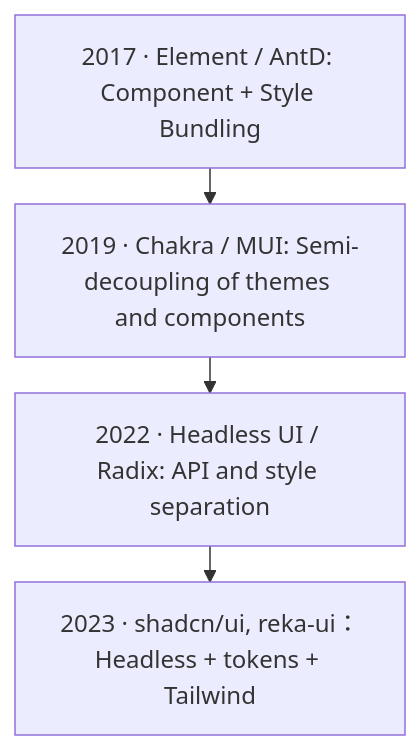
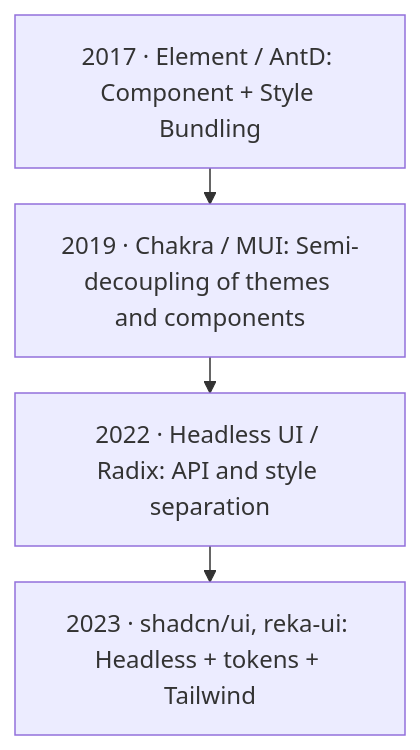
One commit to sonofmagic/weapp-tailwindcss changed the diagram in website/i18n/en/docusaurus-plugin-content-docs/current/tailwindcss/history/history-component-evolution.mdx. Above: the diagram before and after it, drawn with Mermaid. The commit also changed 68 other files, not shown here.

````diff
--- a/website/i18n/en/docusaurus-plugin-content-docs/current/tailwindcss/history/history-component-evolution.mdx
+++ b/website/i18n/en/docusaurus-plugin-content-docs/current/tailwindcss/history/history-component-evolution.mdx
@@ -41,10 +41,10 @@
 ```mermaid
 %%{ init: { "flowchart": { "curve": "basis", "nodeSpacing": 32, "rankSpacing": 24 } } }%%
 flowchart TB
 C1["2017 · Element / AntD: Component + Style Bundling"]
 C2["2019 · Chakra / MUI: Semi-decoupling of themes and components"]
 C3["2022 · Headless UI / Radix: API and style separation"]
-  C4["2023 · shadcn/ui, reka-ui：Headless + tokens + Tailwind"]
+  C4["2023 · shadcn/ui, reka-ui: Headless + tokens + Tailwind"]
 
   C1 --> C2 --> C3 --> C4
 ```
````
